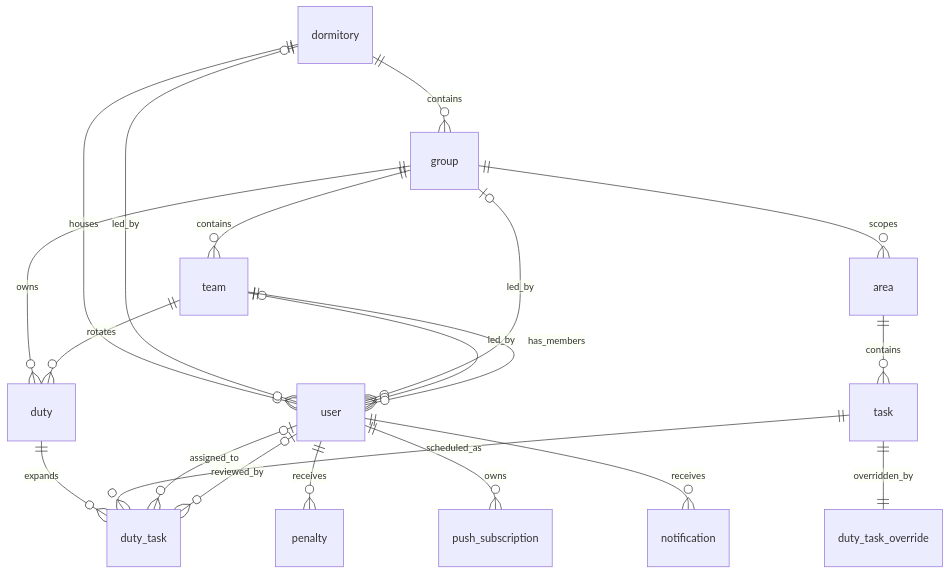
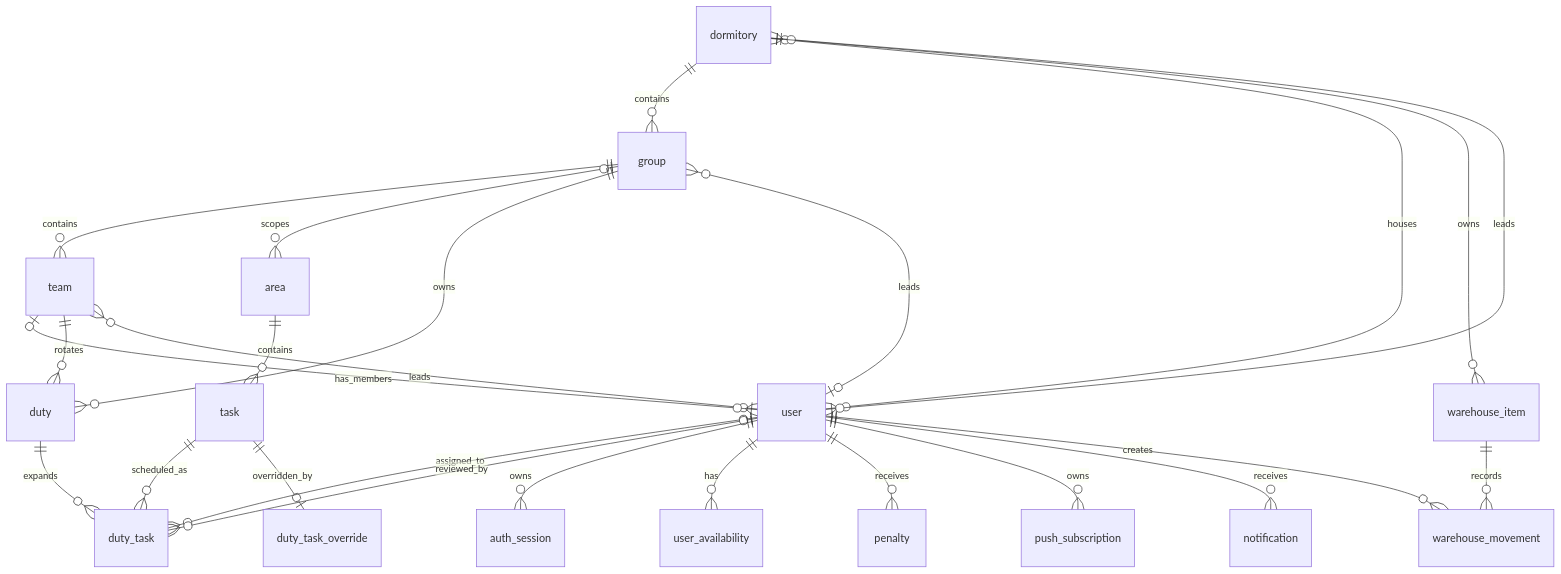
Before and after one commit to cetusw/dorm: the diagram in docs/architecture/database.md, drawn with Mermaid. The commit also changed other lines of this file and 19 other files, not shown here.

````diff
--- a/docs/architecture/database.md
+++ b/docs/architecture/database.md
@@ -171,28 +194,27 @@
 ```mermaid
 erDiagram
     dormitory ||--o{ group : contains
-    dormitory ||--o{ user : houses
-    dormitory o|--o{ user : led_by
-
+    dormitory o|--o{ user : houses
+    user o|--o{ dormitory : leads
+    user o|--o{ group : leads
     group ||--o{ team : contains
-    group o|--o{ user : led_by
-    group ||--o{ area : scopes
+    user o|--o{ team : leads
+    team o|--o{ user : has_members
+    team ||--o{ duty : rotates
+    group o|--o{ area : scopes
     group ||--o{ duty : owns
-
-    team o|--o{ user : led_by
-    team ||--o{ user : has_members
-    team ||--o{ duty : rotates
-
     area ||--o{ task : contains
-
     duty ||--o{ duty_task : expands
     task ||--o{ duty_task : scheduled_as
-    task ||--|| duty_task_override : overridden_by
-
+    task ||--o| duty_task_override : overridden_by
     user o|--o{ duty_task : assigned_to
     user o|--o{ duty_task : reviewed_by
-
+    user ||--o{ auth_session : owns
+    user ||--o{ user_availability : has
     user ||--o{ penalty : receives
     user ||--o{ push_subscription : owns
     user ||--o{ notification : receives
+    dormitory ||--o{ warehouse_item : owns
+    warehouse_item ||--o{ warehouse_movement : records
+    user ||--o{ warehouse_movement : creates
 ```
````
